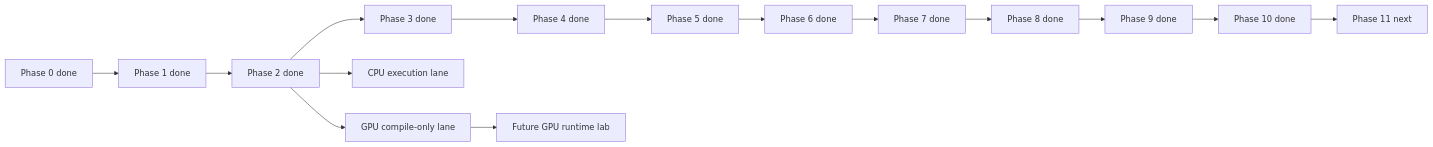
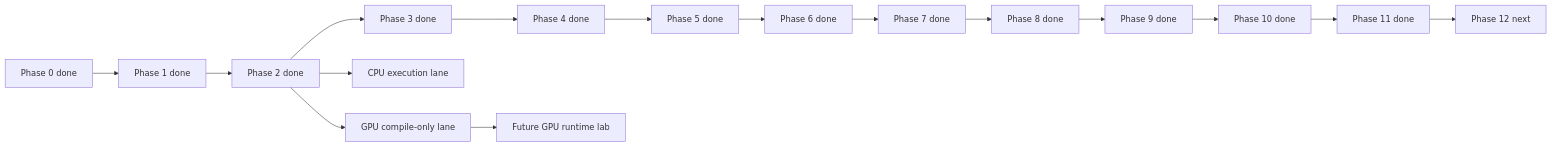
Before and after one commit to Murali806/modular: the diagram in murali_docs/Plan_max_internals_learning.md, drawn with Mermaid. The commit also changed other lines of this file and 4 other files, not shown here.

````diff
--- a/murali_docs/Plan_max_internals_learning.md
+++ b/murali_docs/Plan_max_internals_learning.md
@@ -59,10 +60,11 @@
 ```mermaid
 flowchart LR
     P0[Phase 0 done] --> P1[Phase 1 done] --> P2[Phase 2 done]
     P2 --> P3[Phase 3 done] --> P4[Phase 4 done] --> P5[Phase 5 done]
     P5 --> P6[Phase 6 done] --> P7[Phase 7 done] --> P8[Phase 8 done]
-    P8 --> P9[Phase 9 done] --> P10[Phase 10 done] --> P11[Phase 11 next]
+    P8 --> P9[Phase 9 done] --> P10[Phase 10 done] --> P11[Phase 11 done]
+    P11 --> P12[Phase 12 next]
     P2 --> CPU[CPU execution lane]
     P2 --> VC[GPU compile-only lane]
     VC --> GL[Future GPU runtime lab]
 ```
````
